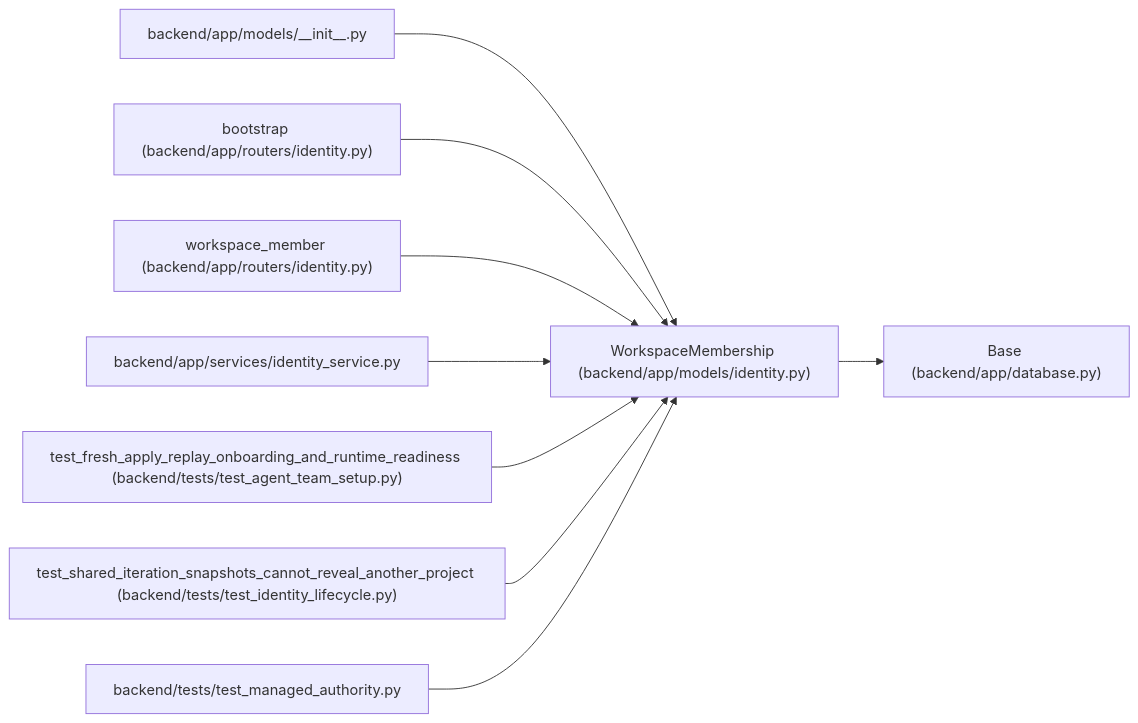
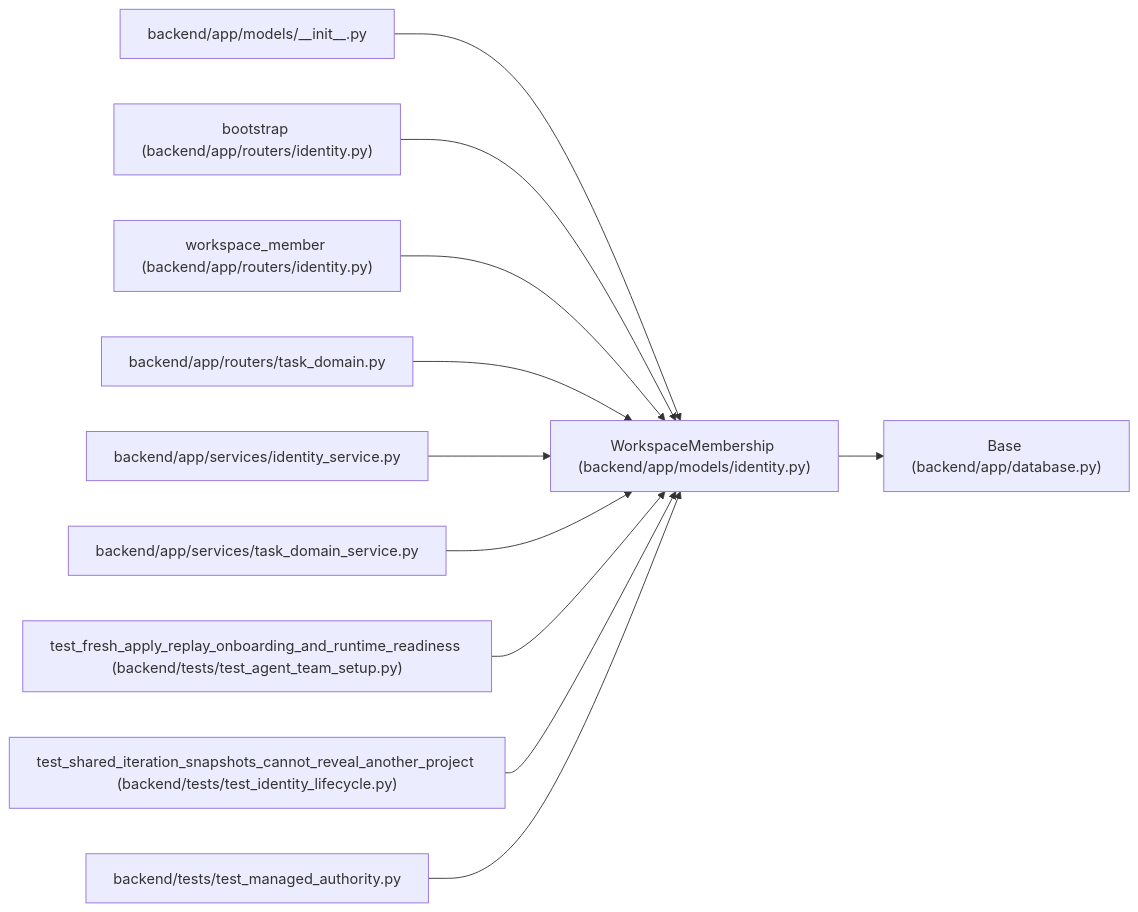
One commit to Denissvgn/WorkChord changed the diagram in docs/llm_wiki/entities/WorkspaceMembership.md. Above: the diagram before and after it, drawn with Mermaid. The commit also changed other lines of this file and 1238 other files, not shown here.

First line of the commit message:
docs(wiki): publish compact canonical domain architecture

````diff
--- a/docs/llm_wiki/entities/WorkspaceMembership.md
+++ b/docs/llm_wiki/entities/WorkspaceMembership.md
@@ -27,29 +27,35 @@
 ```mermaid
 flowchart LR
     n0["WorkspaceMembership (backend/app/models/identity.py)"]
     n1["Base (backend/app/database.py)"]
     n2["backend/app/models/__init__.py"]
     n3["bootstrap (backend/app/routers/identity.py)"]
     n4["workspace_member (backend/app/routers/identity.py)"]
-    n5["backend/app/services/identity_service.py"]
-    n6["test_fresh_apply_replay_onboarding_and_runtime_readiness (backend/tests/test_agent_team_setup.py)"]
-    n7["test_shared_iteration_snapshots_cannot_reveal_another_project (backend/tests/test_identity_lifecycle.py)"]
-    n8["backend/tests/test_managed_authority.py"]
+    n5["backend/app/routers/task_domain.py"]
+    n6["backend/app/services/identity_service.py"]
+    n7["backend/app/services/task_domain_service.py"]
+    n8["test_fresh_apply_replay_onboarding_and_runtime_readiness (backend/tests/test_agent_team_setup.py)"]
+    n9["test_shared_iteration_snapshots_cannot_reveal_another_project (backend/tests/test_identity_lifecycle.py)"]
+    n10["backend/tests/test_managed_authority.py"]
     n0 --> n1
     n2 --> n0
     n3 --> n0
     n4 --> n0
     n5 --> n0
     n6 --> n0
     n7 --> n0
     n8 --> n0
+    n9 --> n0
+    n10 --> n0
     click n0 "../modules/models_identity.md"
     click n1 "../modules/app_database.md"
     click n2 "../modules/models___init__.md"
     click n3 "../modules/routers_identity.md"
     click n4 "../modules/routers_identity.md"
-    click n5 "../modules/identity_service.md"
-    click n6 "../modules/test_agent_team_setup.md"
-    click n7 "../modules/test_identity_lifecycle.md"
-    click n8 "../modules/test_managed_authority.md"
+    click n5 "../modules/routers_task_domain.md"
+    click n6 "../modules/identity_service.md"
+    click n7 "../modules/task_domain_service.md"
+    click n8 "../modules/test_agent_team_setup.md"
+    click n9 "../modules/test_identity_lifecycle.md"
+    click n10 "../modules/test_managed_authority.md"
 ```
````
